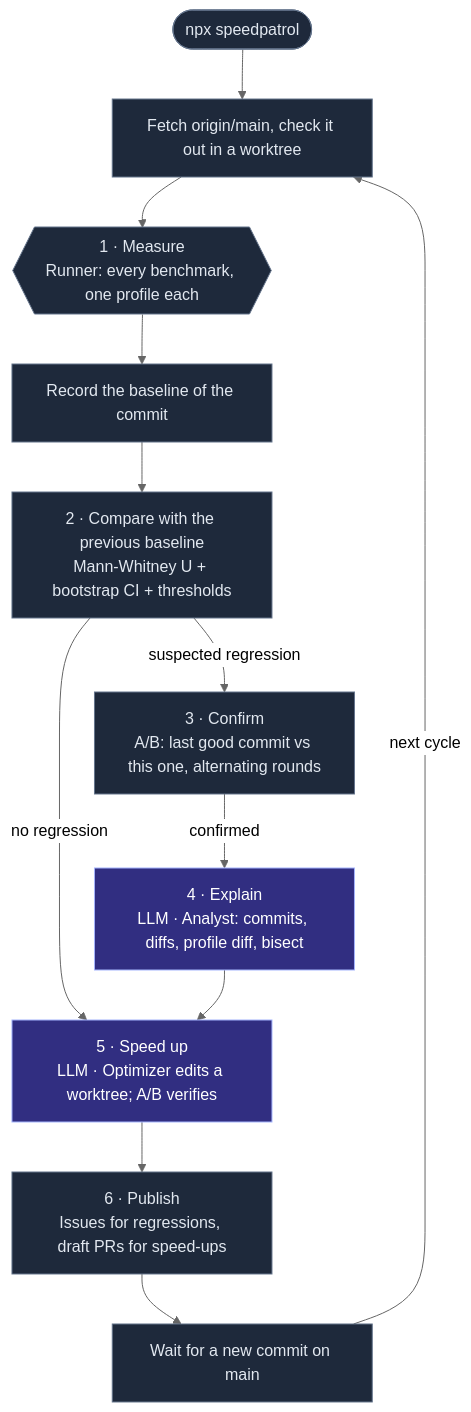
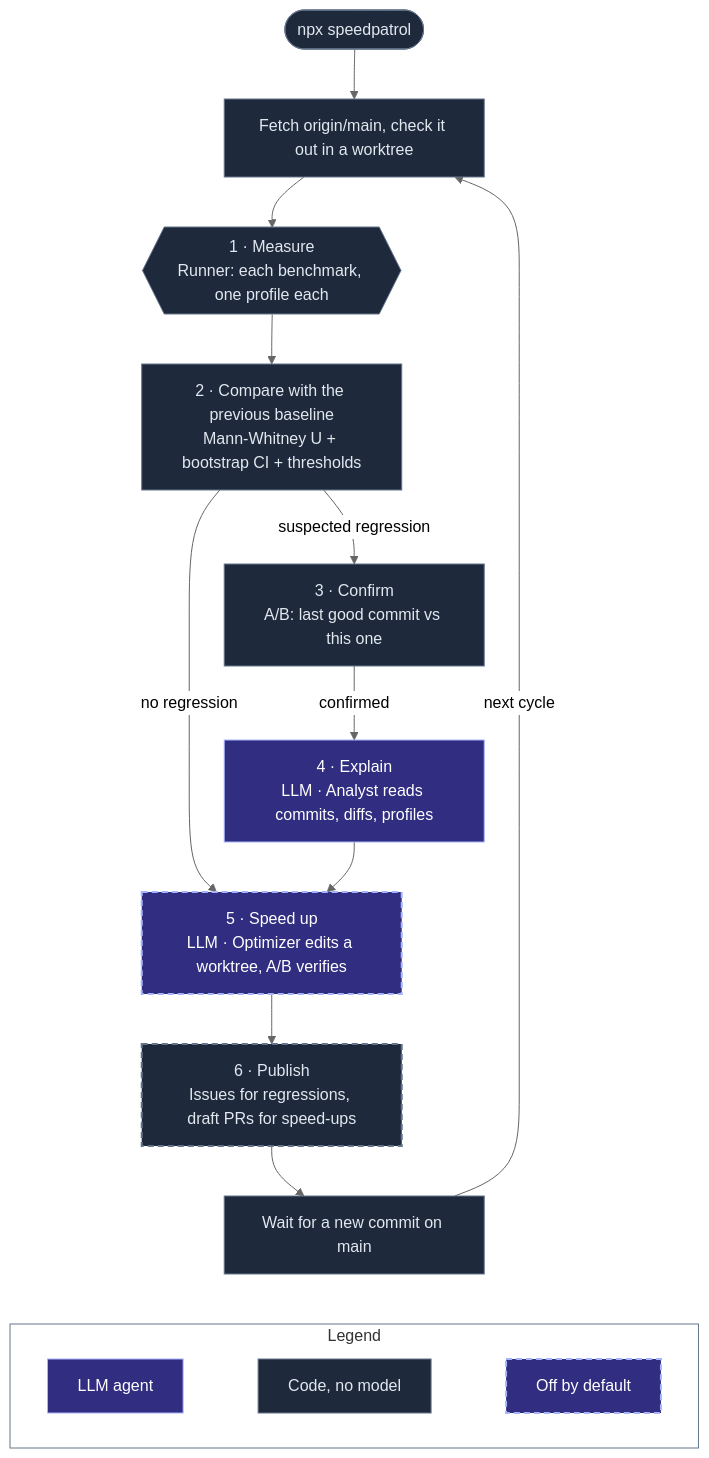
The diagram in README.md (agent-labs-dev/speedpatrol), drawn with Mermaid (neutral theme) before and after one commit. The commit also changed other lines of this file and 11 other files, not shown here.

````diff
--- a/README.md
+++ b/README.md
@@ -20,19 +26,29 @@
 ```mermaid
 flowchart TB
   start(["npx speedpatrol"]) --> pull["Fetch origin/main, check it out in a worktree"]
-  pull --> run{{"1 · Measure<br/>Runner: every benchmark, one profile each"}}
-  run --> base["Record the baseline of the commit"]
-  base --> cmp["2 · Compare with the previous baseline<br/>Mann-Whitney U + bootstrap CI + thresholds"]
-  cmp -->|"suspected regression"| confirm["3 · Confirm<br/>A/B: last good commit vs this one, alternating rounds"]
-  confirm -->|"confirmed"| analyst["4 · Explain<br/>LLM · Analyst: commits, diffs, profile diff, bisect"]
+  pull --> run{{"1 · Measure<br/>Runner: each benchmark, one profile each"}}
+  run --> cmp["2 · Compare with the previous baseline<br/>Mann-Whitney U + bootstrap CI + thresholds"]
+  cmp -->|"suspected regression"| confirm["3 · Confirm<br/>A/B: last good commit vs this one"]
+  confirm -->|"confirmed"| analyst["4 · Explain<br/>LLM · Analyst reads commits, diffs, profiles"]
   cmp -->|"no regression"| opt
-  analyst --> opt["5 · Speed up<br/>LLM · Optimizer edits a worktree; A/B verifies"]
+  analyst --> opt["5 · Speed up<br/>LLM · Optimizer edits a worktree, A/B verifies"]
   opt --> publish["6 · Publish<br/>Issues for regressions, draft PRs for speed-ups"]
   publish --> wait["Wait for a new commit on main"]
   wait -->|"next cycle"| pull
 
+  subgraph legend ["Legend"]
+    direction LR
+    l1["LLM agent"] ~~~ l3["Code, no model"] ~~~ l4["Off by default"]
+  end
+  wait ~~~ legend
+
   classDef llm fill:#312e81,stroke:#a5b4fc,color:#ffffff
   classDef code fill:#1e293b,stroke:#64748b,color:#e2e8f0
-  class analyst,opt llm
-  class start,pull,run,base,cmp,confirm,publish,wait code
+  classDef off fill:#312e81,stroke:#a5b4fc,color:#ffffff,stroke-width:2px,stroke-dasharray:6 4
+  class analyst,l1 llm
+  class start,pull,run,cmp,confirm,wait,l3 code
+  classDef offcode fill:#1e293b,stroke:#64748b,color:#e2e8f0,stroke-width:2px,stroke-dasharray:6 4
+  class opt,l4 off
+  class publish offcode
+  style legend fill:transparent,stroke:#64748b
 ```
````
